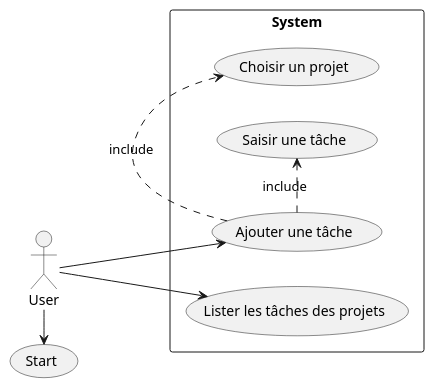
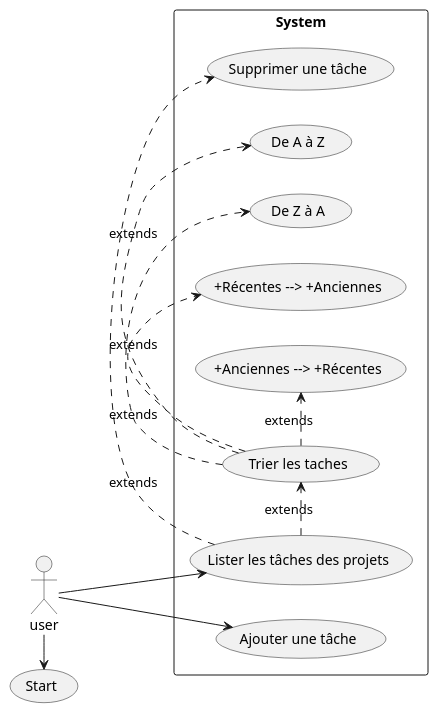
One commit to rGreenData/todoc-master- changed the diagram in Use_cases.puml. Above: the diagram before and after it, drawn with PlantUML. The commit also changed 4 other files, not shown here.

```diff
--- a/Use_cases.puml
+++ b/Use_cases.puml
@@ -1,16 +1,20 @@
 @startuml
-User -> (Start)
 
-top to bottom direction
+left to right direction
+skinparam packageStyle rectangle
+actor user
+user -> (Start)
 
-skinparam packageStyle rectangle
 Rectangle System {
-left to right direction
-User --> (Lister les tâches des projets)
-User --> (Ajouter une tâche)
+user --> (Lister les tâches des projets)
+(Lister les tâches des projets) .> (Supprimer une tâche):extends
+user --> (Ajouter une tâche)
 
-(Ajouter une tâche).> (Choisir un projet):include
-(Ajouter une tâche).> (Saisir une tâche):include
+(Lister les tâches des projets) .> (Trier les taches):extends
+(Trier les taches) .>  (De A à Z):extends
+(Trier les taches) .> (De Z à A):extends
+(Trier les taches) .> (+Récentes --> +Anciennes):extends
+(Trier les taches) .> (+Anciennes --> +Récentes):extends
+}
 
-}
 @enduml
```
